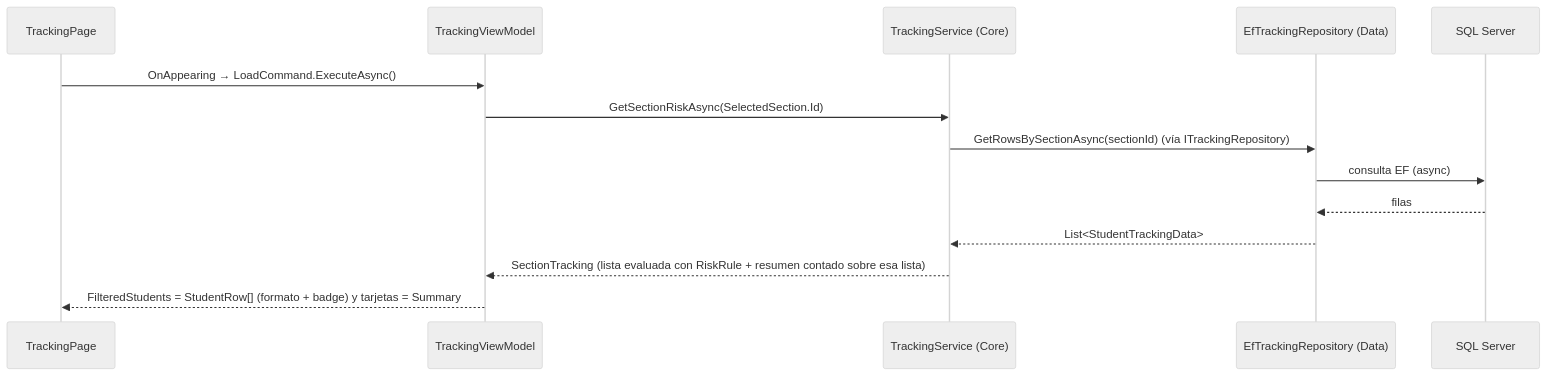
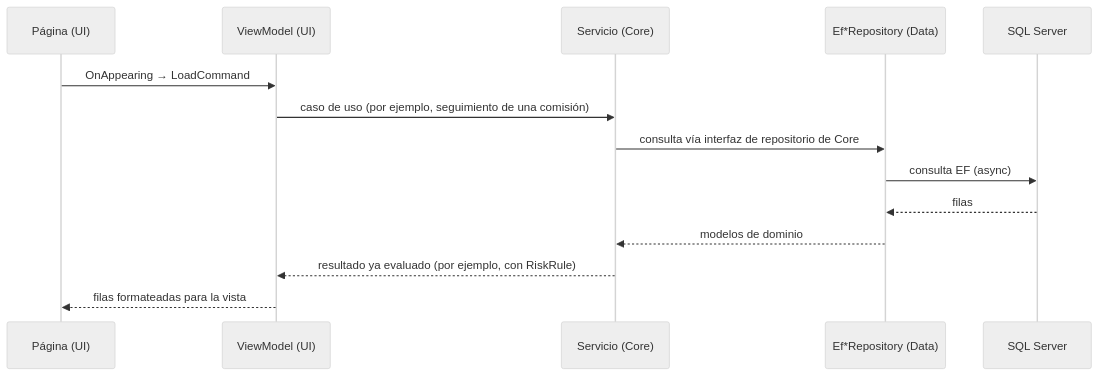
One commit to bautistacarratu06/PP2 changed the second of 2 diagrams in GestionEscolar/ARCHITECTURE.md. Above: the diagram before and after it, drawn with Mermaid (neutral theme). The commit also changed other lines of this file and 1 other file, not shown here.

Commit message:
update arc diagrams

````diff
--- a/GestionEscolar/ARCHITECTURE.md
+++ b/GestionEscolar/ARCHITECTURE.md
@@ -176,16 +115,16 @@
 ```mermaid
 sequenceDiagram
-    participant P as TrackingPage
-    participant VM as TrackingViewModel
-    participant S as TrackingService (Core)
-    participant R as EfTrackingRepository (Data)
+    participant P as Página (UI)
+    participant VM as ViewModel (UI)
+    participant S as Servicio (Core)
+    participant R as Ef*Repository (Data)
     participant DB as SQL Server
-    P->>VM: OnAppearing → LoadCommand.ExecuteAsync()
-    VM->>S: GetSectionRiskAsync(SelectedSection.Id)
-    S->>R: GetRowsBySectionAsync(sectionId) (vía ITrackingRepository)
+    P->>VM: OnAppearing → LoadCommand
+    VM->>S: caso de uso (por ejemplo, seguimiento de una comisión)
+    S->>R: consulta vía interfaz de repositorio de Core
     R->>DB: consulta EF (async)
     DB-->>R: filas
-    R-->>S: List<StudentTrackingData>
-    S-->>VM: SectionTracking (lista evaluada con RiskRule + resumen contado sobre esa lista)
-    VM-->>P: FilteredStudents = StudentRow[] (formato + badge) y tarjetas = Summary
+    R-->>S: modelos de dominio
+    S-->>VM: resultado ya evaluado (por ejemplo, con RiskRule)
+    VM-->>P: filas formateadas para la vista
 ```
````
